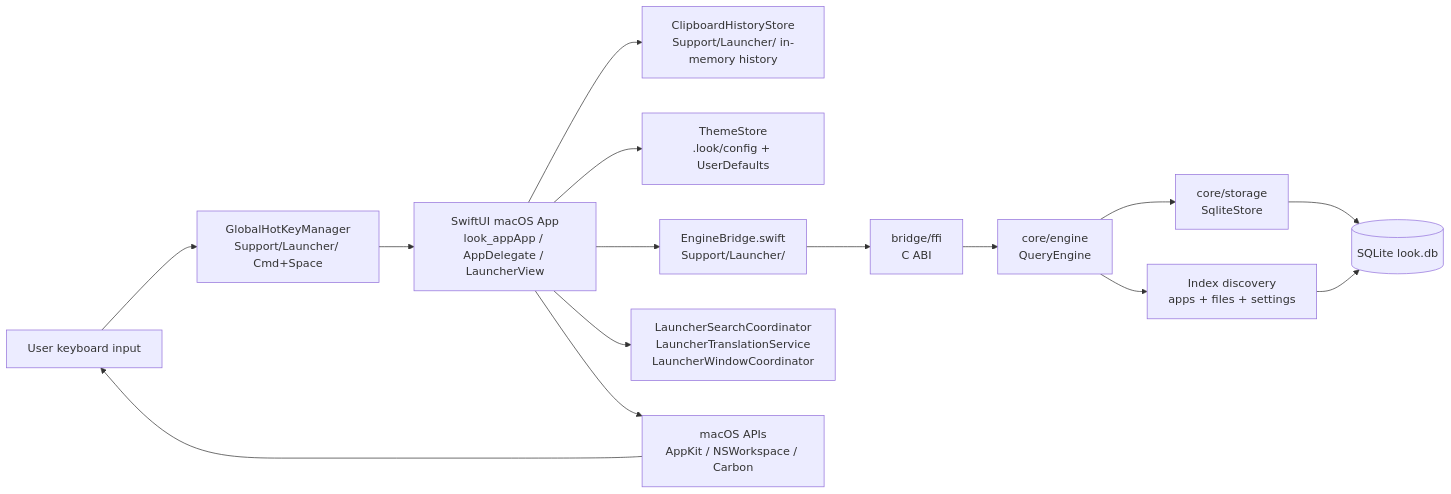
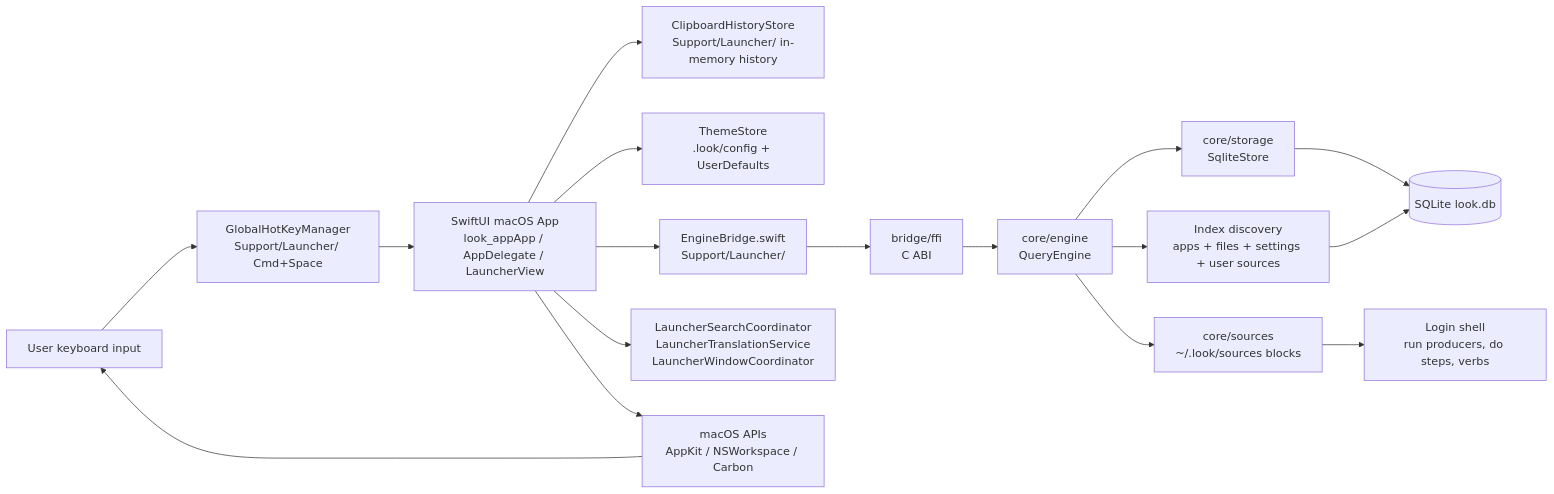
Before and after one commit to kunkka19xx/look: the first of 9 diagrams in docs/architecture.md, drawn with Mermaid. The commit also changed other lines of this file and 14 other files, not shown here.

````diff
--- a/docs/architecture.md
+++ b/docs/architecture.md
@@ -24,21 +24,24 @@
 ```mermaid
 flowchart LR
     User[User keyboard input] --> Hotkey[GlobalHotKeyManager\nSupport/Launcher/ Cmd+Space]
     Hotkey --> App[SwiftUI macOS App\nlook_appApp / AppDelegate / LauncherView]
 
     App --> Clipboard[ClipboardHistoryStore\nSupport/Launcher/ in-memory history]
     App --> Theme[ThemeStore\n.look/config + UserDefaults]
     App --> Bridge[EngineBridge.swift\nSupport/Launcher/]
     App --> Services[LauncherSearchCoordinator\nLauncherTranslationService\nLauncherWindowCoordinator]
 
     Bridge --> FFI[bridge/ffi\nC ABI]
     FFI --> Engine[core/engine\nQueryEngine]
     Engine --> Storage[core/storage\nSqliteStore]
     Storage --> DB[(SQLite look.db)]
 
-    Engine --> Indexers[Index discovery\napps + files + settings]
+    Engine --> Indexers[Index discovery\napps + files + settings + user sources]
     Indexers --> DB
+
+    Engine --> Sources[core/sources\n~/.look/sources blocks]
+    Sources --> Shell[Login shell\nrun producers, do steps, verbs]
 
     App --> OS[macOS APIs\nAppKit / NSWorkspace / Carbon]
     OS --> User
 ```
````
